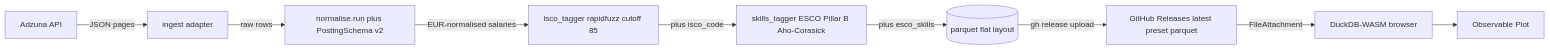
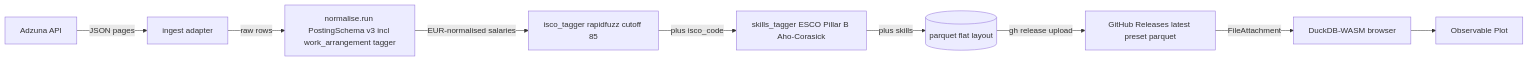
Before and after one commit to alex-wu/jobmarket_analyzer: the first of 2 diagrams in site/src/methodology.md, drawn with Mermaid. The commit also changed other lines of this file and 22 other files, not shown here.

First line of the commit message:
feat: dashboard v2 — choropleth, work-arrangement surface + filter, CSV export (#31)

````diff
--- a/site/src/methodology.md
+++ b/site/src/methodology.md
@@ -15,11 +15,11 @@
 ```mermaid
 flowchart LR
   A[Adzuna API] -->|JSON pages| B[ingest adapter]
-  B -->|raw rows| C[normalise.run plus PostingSchema v2]
+  B -->|raw rows| C[normalise.run PostingSchema v3 incl work_arrangement tagger]
   C -->|EUR-normalised salaries| D[isco_tagger rapidfuzz cutoff 85]
   D -->|plus isco_code| E[skills_tagger ESCO Pillar B Aho-Corasick]
-  E -->|plus esco_skills| F[(parquet flat layout)]
+  E -->|plus skills| F[(parquet flat layout)]
   F -->|gh release upload| G[GitHub Releases latest preset parquet]
   G -->|FileAttachment| H[DuckDB-WASM browser]
   H --> I[Observable Plot]
 ```
````
